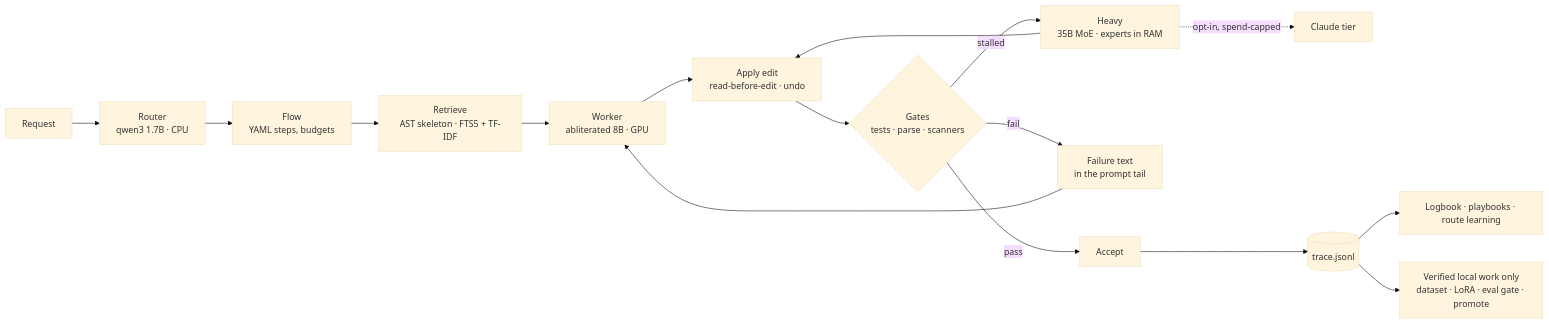
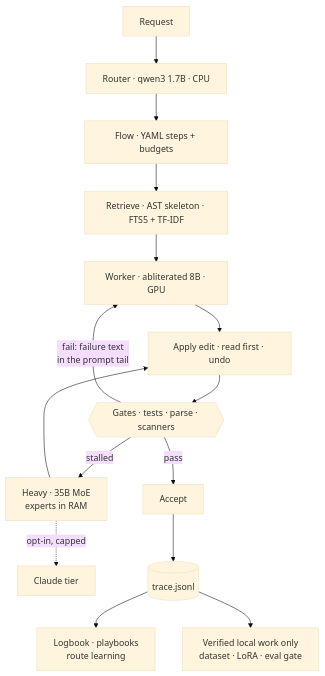
One commit to alexivieni/Local-Architect changed the first of 2 diagrams in README.md. Above: the diagram before and after it, drawn with Mermaid (base theme). The commit also changed other lines of this file, not shown here.

Commit message:
README: thin spaces GitHub turned into commas, the long formula split into three lines, the loop diagram top-to-bottom so its text reads at full size

````diff
--- a/README.md
+++ b/README.md
@@ -22,18 +22,17 @@
 ```mermaid
-flowchart LR
-  U["Request"] --> R["Router<br/>qwen3 1.7B · CPU"]
-  R --> F["Flow<br/>YAML steps, budgets"]
-  F --> X["Retrieve<br/>AST skeleton · FTS5 + TF-IDF"]
-  X --> W["Worker<br/>abliterated 8B · GPU"]
-  W --> A["Apply edit<br/>read-before-edit · undo"]
-  A --> G{"Gates<br/>tests · parse · scanners"}
+flowchart TB
+  U["Request"] --> R["Router · qwen3 1.7B · CPU"]
+  R --> F["Flow · YAML steps + budgets"]
+  F --> X["Retrieve · AST skeleton · FTS5 + TF-IDF"]
+  X --> W["Worker · abliterated 8B · GPU"]
+  W --> A["Apply edit · read first · undo"]
+  A --> G{{"Gates · tests · parse · scanners"}}
+  G -- "fail: failure text<br/>in the prompt tail" --> W
+  G -- "stalled" --> H["Heavy · 35B MoE<br/>experts in RAM"]
+  H --> A
+  H -. "opt-in, capped" .-> CL["Claude tier"]
   G -- "pass" --> V["Accept"]
-  G -- "fail" --> FB["Failure text<br/>in the prompt tail"]
-  FB --> W
-  G -- "stalled" --> H["Heavy<br/>35B MoE · experts in RAM"]
-  H --> A
-  H -. "opt-in, spend-capped" .-> CL["Claude tier"]
   V --> T[("trace.jsonl")]
-  T --> LB["Logbook · playbooks · route learning"]
-  T --> DS["Verified local work only<br/>dataset · LoRA · eval gate · promote"]
+  T --> LB["Logbook · playbooks<br/>route learning"]
+  T --> DS["Verified local work only<br/>dataset · LoRA · eval gate"]
 ```
````
